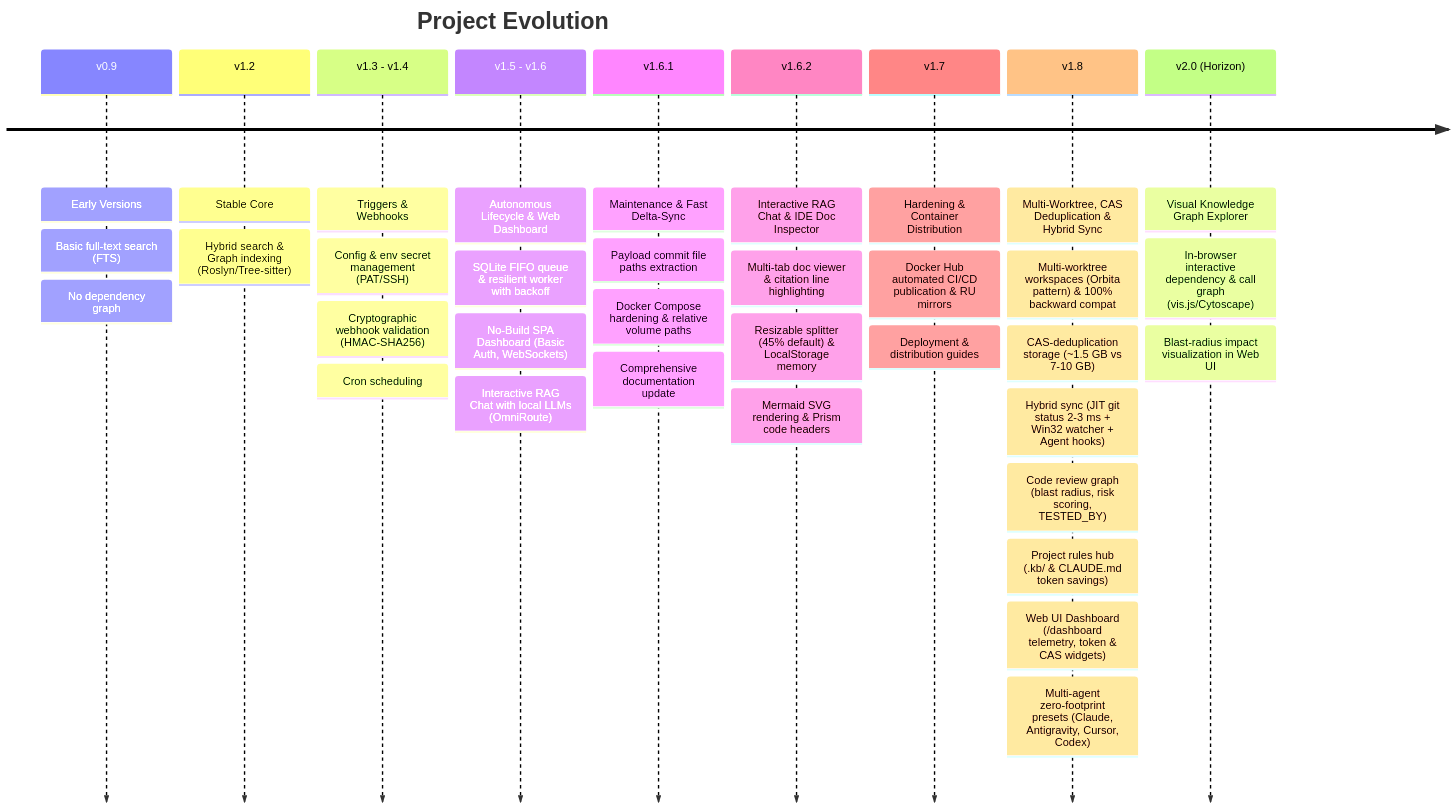
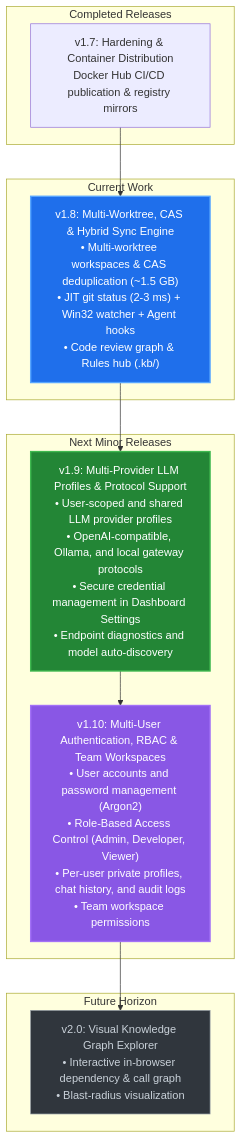
The diagram in docs/roadmap_autonomous_sync.md (PaulTheSecond/knowledgebase-mcp), drawn with Mermaid before and after one commit. The commit also changed other lines of this file and 33 other files, not shown here.

Commit message:
docs: translate architecture specifications and ADRs to Russian

````diff
--- a/docs/roadmap_autonomous_sync.md
+++ b/docs/roadmap_autonomous_sync.md
@@ -11,39 +11,29 @@
 ```mermaid
-timeline
-    title Project Evolution
-    v0.9 : Early Versions
-         : Basic full-text search (FTS)
-         : No dependency graph
-    v1.2 : Stable Core
-         : Hybrid search & Graph indexing (Roslyn/Tree-sitter)
-    v1.3 - v1.4 : Triggers & Webhooks
-         : Config & env secret management (PAT/SSH)
-         : Cryptographic webhook validation (HMAC-SHA256)
-         : Cron scheduling
-    v1.5 - v1.6 : Autonomous Lifecycle & Web Dashboard
-         : SQLite FIFO queue & resilient worker with backoff
-         : No-Build SPA Dashboard (Basic Auth, WebSockets)
-         : Interactive RAG Chat with local LLMs (OmniRoute)
-    v1.6.1 : Maintenance & Fast Delta-Sync
-         : Payload commit file paths extraction
-         : Docker Compose hardening & relative volume paths
-         : Comprehensive documentation update
-    v1.6.2 : Interactive RAG Chat & IDE Doc Inspector
-         : Multi-tab doc viewer & citation line highlighting
-         : Resizable splitter (45% default) & LocalStorage memory
-         : Mermaid SVG rendering & Prism code headers
-    v1.7 : Hardening & Container Distribution
-         : Docker Hub automated CI/CD publication & RU mirrors
-         : Deployment & distribution guides
-    v1.8 : Multi-Worktree, CAS Deduplication & Hybrid Sync
-         : Multi-worktree workspaces (Orbita pattern) & 100% backward compat
-         : CAS-deduplication storage (~1.5 GB vs 7-10 GB)
-         : Hybrid sync (JIT git status 2-3 ms + Win32 watcher + Agent hooks)
-         : Code review graph (blast radius, risk scoring, TESTED_BY)
-         : Project rules hub (.kb/ & CLAUDE.md token savings)
-         : Web UI Dashboard (/dashboard telemetry, token & CAS widgets)
-         : Multi-agent zero-footprint presets (Claude, Antigravity, Cursor, Codex)
-    v2.0 (Horizon) : Visual Knowledge Graph Explorer
-         : In-browser interactive dependency & call graph (vis.js/Cytoscape)
-         : Blast-radius impact visualization in Web UI
+flowchart TD
+    subgraph S_PAST["Completed Releases"]
+        v1_7["v1.7: Hardening & Container Distribution\nDocker Hub CI/CD publication & registry mirrors"]
+    end
+
+    subgraph S_CURRENT["Current Work"]
+        v1_8["v1.8: Multi-Worktree, CAS & Hybrid Sync Engine\n• Multi-worktree workspaces & CAS deduplication (~1.5 GB)\n• JIT git status (2-3 ms) + Win32 watcher + Agent hooks\n• Code review graph & Rules hub (.kb/)"]
+    end
+
+    subgraph S_NEXT["Next Minor Releases"]
+        v1_9["v1.9: Multi-Provider LLM Profiles & Protocol Support\n• User-scoped and shared LLM provider profiles\n• OpenAI-compatible, Ollama, and local gateway protocols\n• Secure credential management in Dashboard Settings\n• Endpoint diagnostics and model auto-discovery"]
+        v1_10["v1.10: Multi-User Authentication, RBAC & Team Workspaces\n• User accounts and password management (Argon2)\n• Role-Based Access Control (Admin, Developer, Viewer)\n• Per-user private profiles, chat history, and audit logs\n• Team workspace permissions"]
+    end
+
+    subgraph S_FUTURE["Future Horizon"]
+        v2_0["v2.0: Visual Knowledge Graph Explorer\n• Interactive in-browser dependency & call graph\n• Blast-radius visualization"]
+    end
+
+    v1_7 --> v1_8
+    v1_8 --> v1_9
+    v1_9 --> v1_10
+    v1_10 --> v2_0
+
+    style v1_8 fill:#1f6feb,stroke:#58a6ff,stroke-width:2px,color:#ffffff
+    style v1_9 fill:#238636,stroke:#3fb950,stroke-width:2px,color:#ffffff
+    style v1_10 fill:#8957e5,stroke:#a371f7,stroke-width:2px,color:#ffffff
+    style v2_0 fill:#30363d,stroke:#8b949e,stroke-width:1px,color:#c9d1d9
 ```
````
